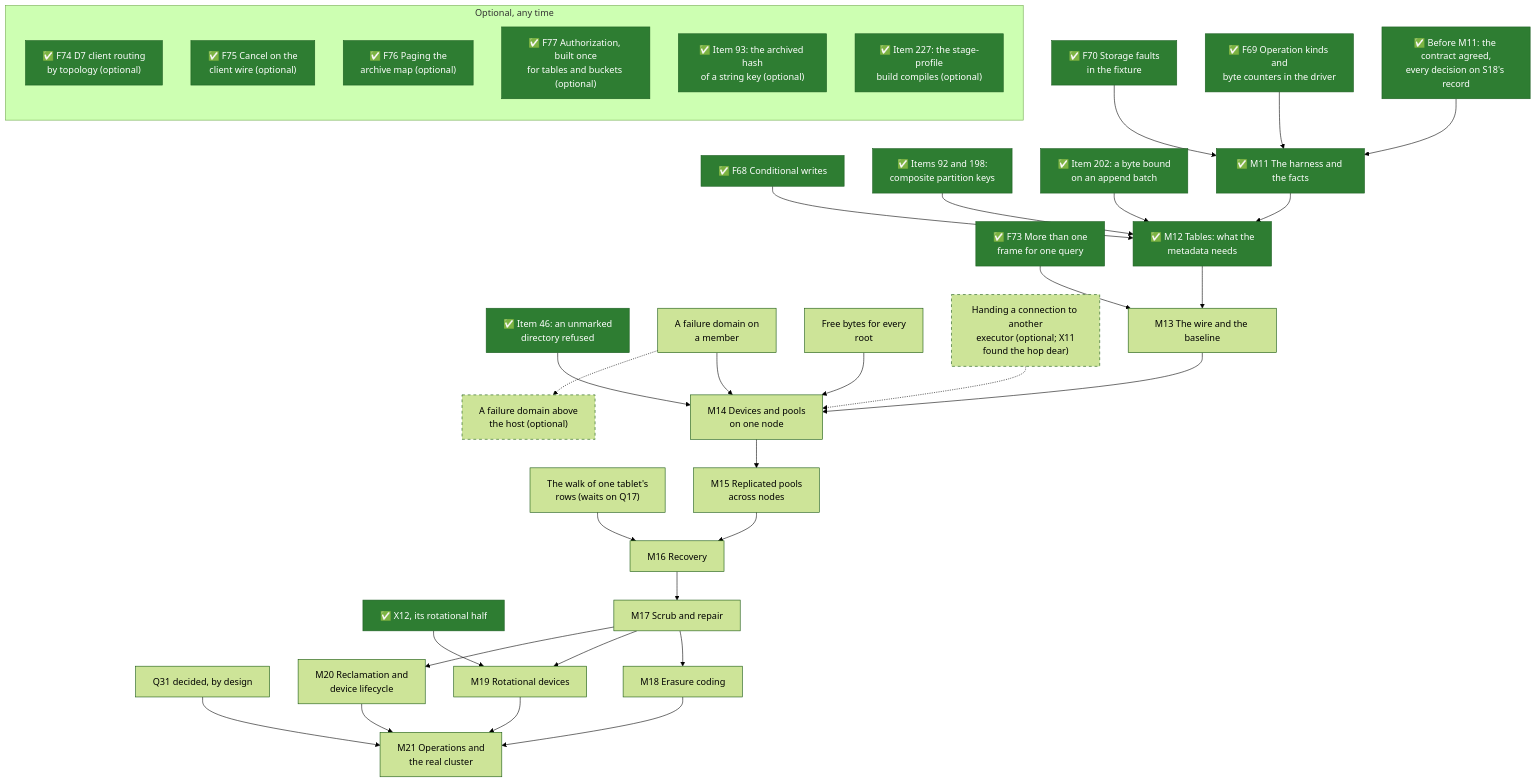
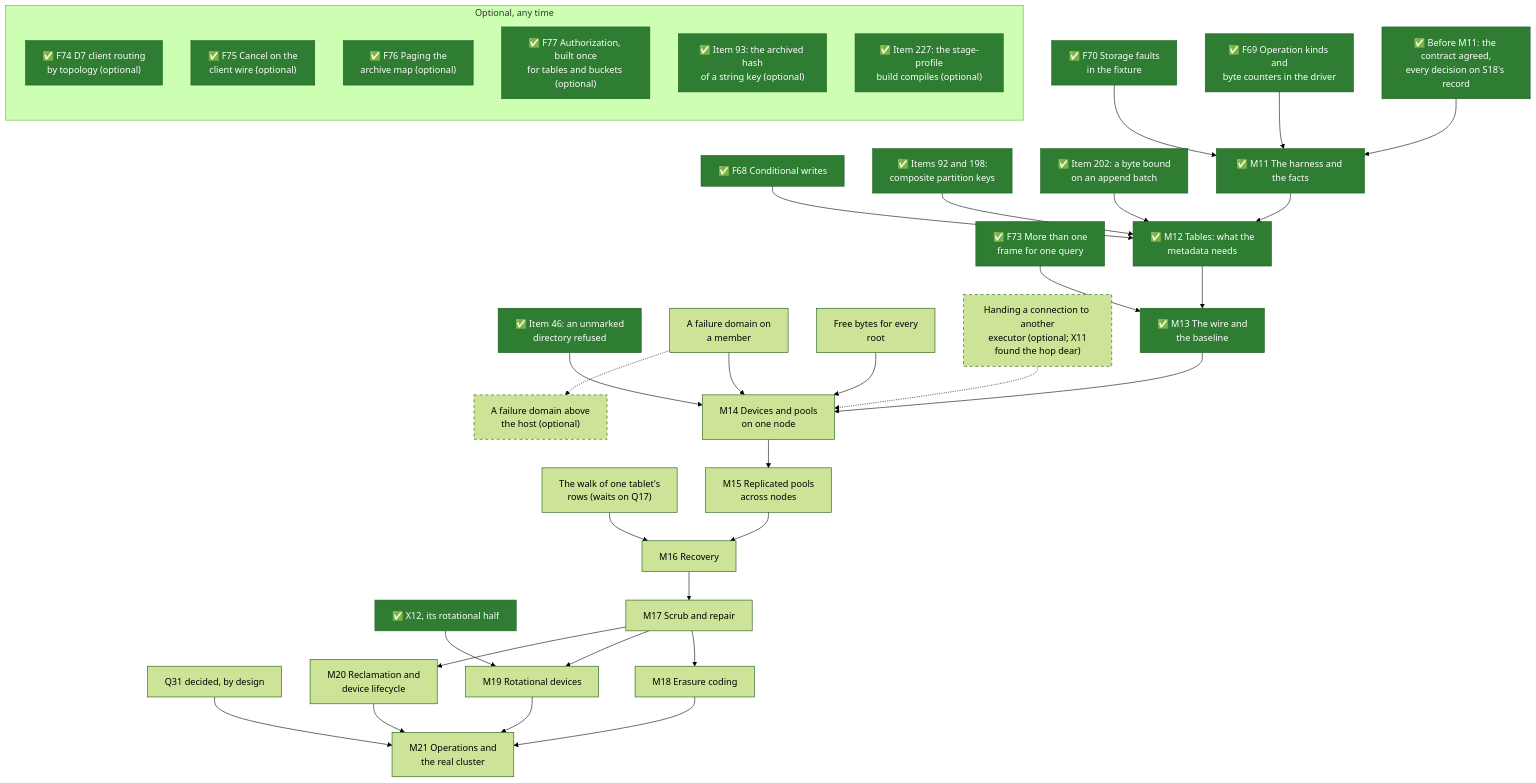
Before and after one commit to mjcarson/shoal: the second of 2 diagrams in docs/src/object-storage/whats-left-todo.md, drawn with Mermaid (forest theme). The commit also changed other lines of this file and 95 other files, not shown here.

````diff
--- a/docs/src/object-storage/whats-left-todo.md
+++ b/docs/src/object-storage/whats-left-todo.md
@@ -136,58 +141,58 @@
 ```mermaid
 flowchart TB
     classDef done fill:#2e7d32,stroke:#1b5e20,color:#ffffff
     classDef optional stroke-dasharray: 5 5
     Gate["✅ Before M11: the contract agreed,<br>every decision on S18's record"]:::done
     F69["✅ F69 Operation kinds and<br>byte counters in the driver"]:::done
     F70["✅ F70 Storage faults<br>in the fixture"]:::done
     F68["✅ F68 Conditional writes"]:::done
     I198["✅ Items 92 and 198:<br>composite partition keys"]:::done
     I202["✅ Item 202: a byte bound<br>on an append batch"]:::done
     I46["✅ Item 46: an unmarked<br>directory refused"]:::done
     Frames["✅ F73 More than one<br>frame for one query"]:::done
     Domain["A failure domain on<br>a member"]
     Free["Free bytes for every<br>root"]
     Walk["The walk of one tablet's<br>rows (waits on Q17)"]
     Handoff["Handing a connection to another<br>executor (optional; X11<br>found the hop dear)"]:::optional
     Rack["A failure domain above<br>the host (optional)"]:::optional
     X12r["✅ X12, its rotational half"]:::done
     Q31["Q31 decided, by design"]
     M11["✅ M11 The harness and the facts"]:::done
     M12["✅ M12 Tables: what the<br>metadata needs"]:::done
-    M13["M13 The wire and the baseline"]
+    M13["✅ M13 The wire and<br>the baseline"]:::done
     M14["M14 Devices and pools<br>on one node"]
     M15["M15 Replicated pools<br>across nodes"]
     M16["M16 Recovery"]
     M17["M17 Scrub and repair"]
     M18["M18 Erasure coding"]
     M19["M19 Rotational devices"]
     M20["M20 Reclamation and<br>device lifecycle"]
     M21["M21 Operations and<br>the real cluster"]
     Gate --> M11 --> M12 --> M13 --> M14 --> M15 --> M16 --> M17
     M17 --> M18 --> M21
     M17 --> M19 --> M21
     M17 --> M20 --> M21
     F69 --> M11
     F70 --> M11
     F68 --> M12
     I198 --> M12
     I202 --> M12
     Frames --> M13
     I46 --> M14
     Domain --> M14
     Free --> M14
     Handoff -.-> M14
     Domain -.-> Rack
     Walk --> M16
     X12r --> M19
     Q31 --> M21
     subgraph anytime["Optional, any time"]
         direction TB
         D7["✅ F74 D7 client routing<br>by topology (optional)"]:::done
         Cancel["✅ F75 Cancel on the<br>client wire (optional)"]:::done
         Paging["✅ F76 Paging the<br>archive map (optional)"]:::done
         Authz["✅ F77 Authorization, built once<br>for tables and buckets (optional)"]:::done
         I93["✅ Item 93: the archived hash<br>of a string key (optional)"]:::done
         I227["✅ Item 227: the stage-profile<br>build compiles (optional)"]:::done
     end
 ```
````
